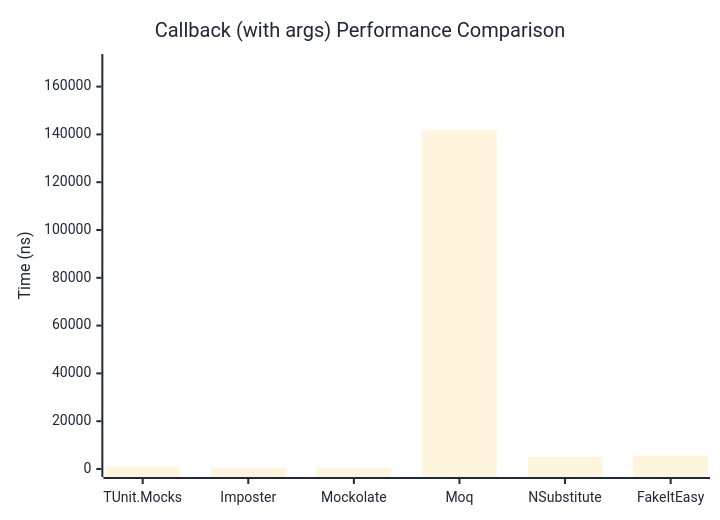
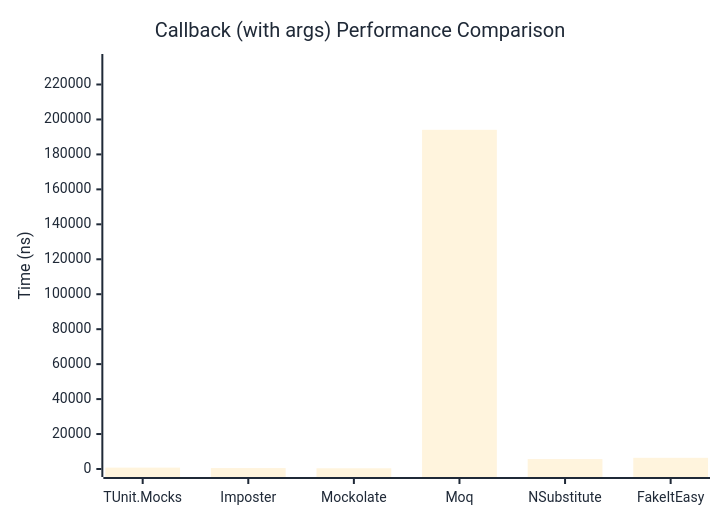
One commit to zion-sati/TUnit-NetWasm changed the second of 2 diagrams in docs/docs/benchmarks/mocks/Callback.md. Above: the diagram before and after it, drawn with Mermaid. The commit also changed other lines of this file and 294 other files, not shown here.

````diff
--- a/docs/docs/benchmarks/mocks/Callback.md
+++ b/docs/docs/benchmarks/mocks/Callback.md
@@ -71,27 +71,27 @@
 ```mermaid
 %%{init: {
   'theme':'base',
   'themeVariables': {
     'primaryColor': '#2563eb',
     'primaryTextColor': '#1f2937',
     'primaryBorderColor': '#1e40af',
     'lineColor': '#6b7280',
     'secondaryColor': '#7c3aed',
     'tertiaryColor': '#dc2626',
     'background': '#ffffff',
     'pie1': '#2563eb',
     'pie2': '#7c3aed',
     'pie3': '#dc2626',
     'pie4': '#f59e0b',
     'pie5': '#10b981',
     'pie6': '#06b6d4',
     'pie7': '#ec4899',
     'pie8': '#6366f1'
   }
 }}%%
 xychart-beta
   title "Callback (with args) Performance Comparison"
   x-axis ["TUnit.Mocks", "Imposter", "Mockolate", "Moq", "NSubstitute", "FakeItEasy"]
-  y-axis "Time (ns)" 0 --> 170294
-  bar [819.8, 544.7, 380.5, 141911.6, 5017.9, 5614.5]
+  y-axis "Time (ns)" 0 --> 232871
+  bar [787.3, 527, 418.2, 194058.9, 5684.2, 6403.4]
 ```
````
